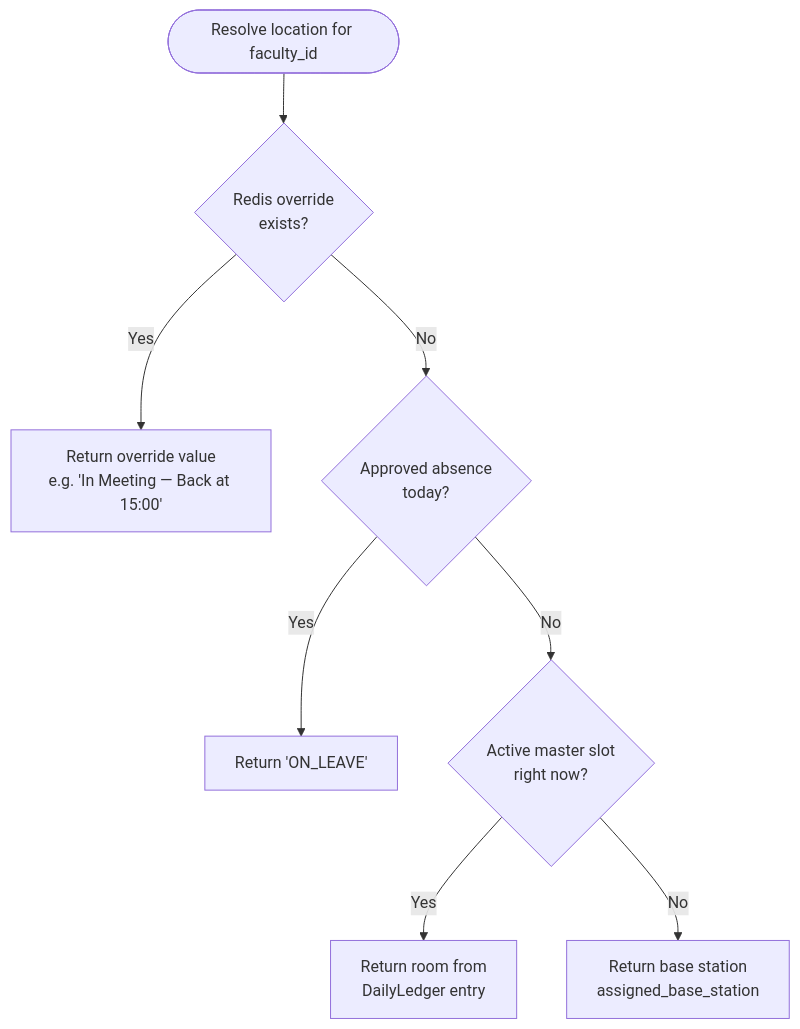
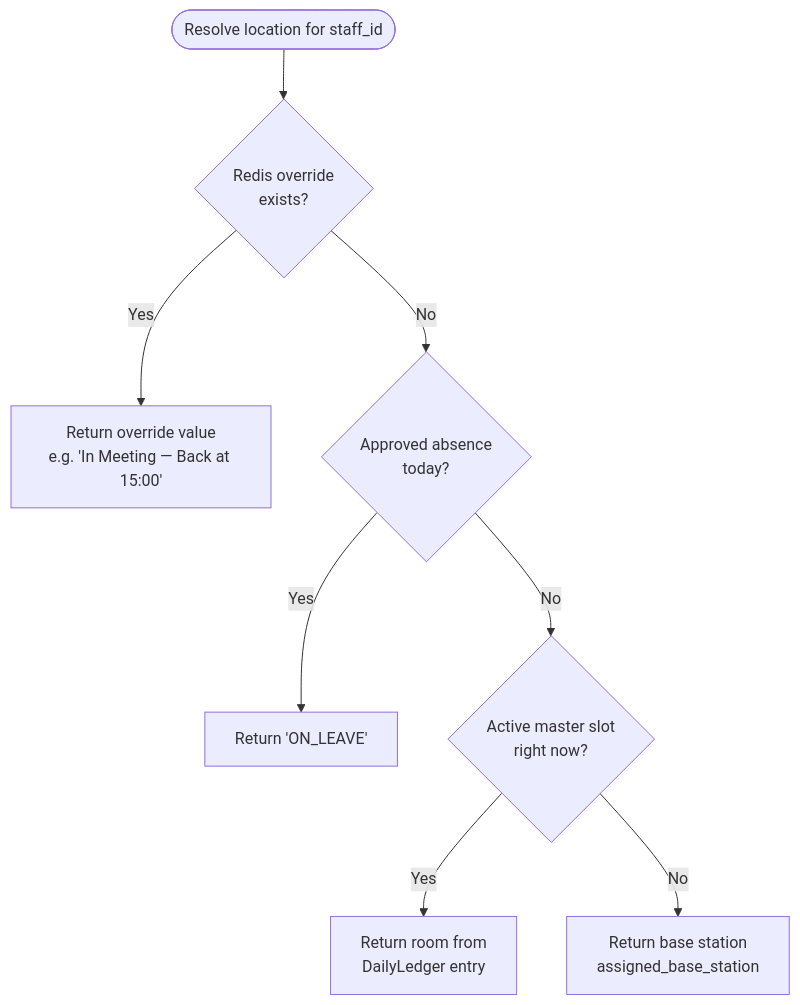
Before and after one commit to Life-Experimentalist/Chronos-Ledger: the third of 5 diagrams in docs/architecture.md, drawn with Mermaid. The commit also changed other lines of this file and 17 other files, not shown here.

````diff
--- a/docs/architecture.md
+++ b/docs/architecture.md
@@ -116,18 +116,18 @@
 ```mermaid
 flowchart TD
-    Start([Resolve location for faculty_id]) --> R1
+    Start([Resolve location for staff_id]) --> R1
 
     R1{Redis override<br/>exists?}
     R1 -->|Yes| RET1[Return override value<br/>e.g. 'In Meeting — Back at 15:00']
     R1 -->|No| R2
 
     R2{Approved absence<br/>today?}
     R2 -->|Yes| RET2[Return 'ON_LEAVE']
     R2 -->|No| R3
 
     R3{Active master slot<br/>right now?}
     R3 -->|Yes| RET3[Return room from<br/>DailyLedger entry]
     R3 -->|No| R4
 
     R4[Return base station<br/>assigned_base_station]
 ```
````
